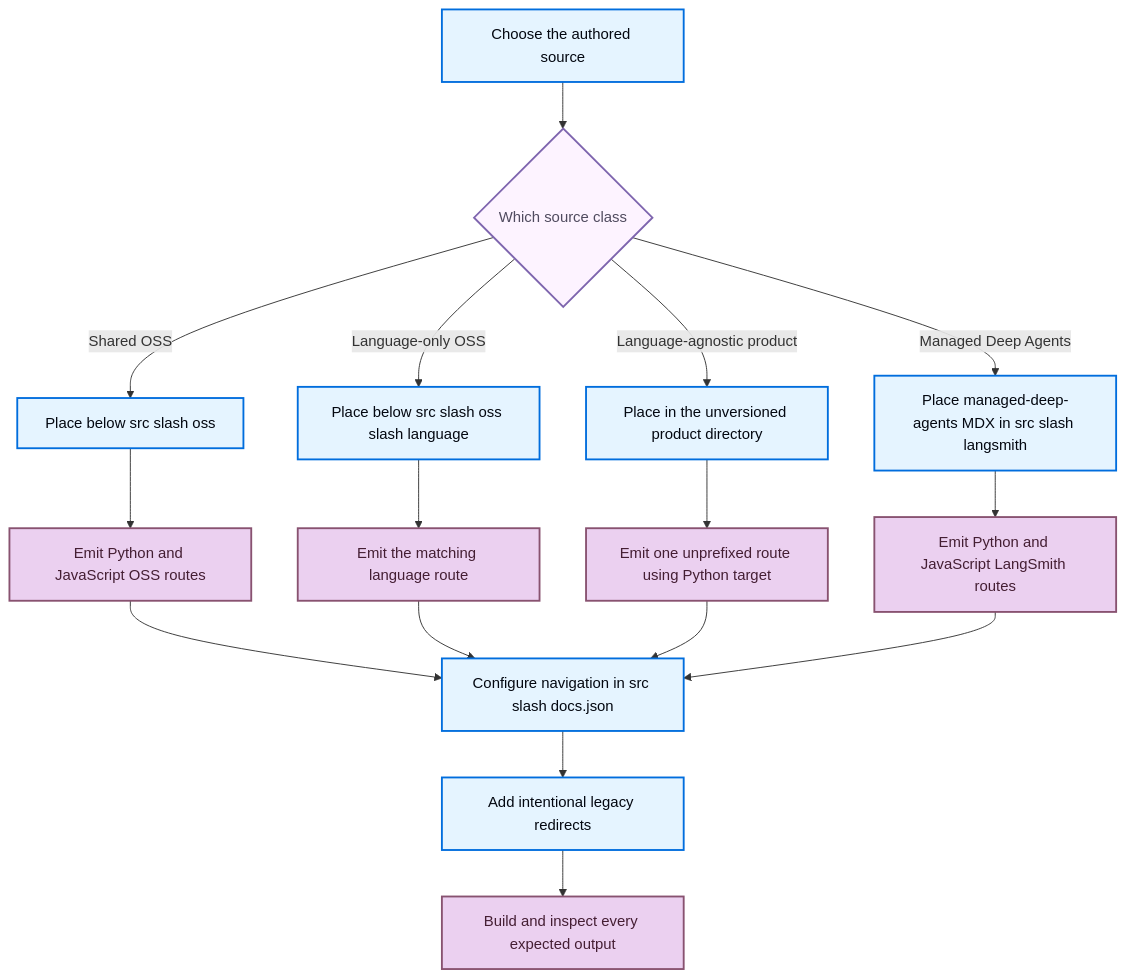
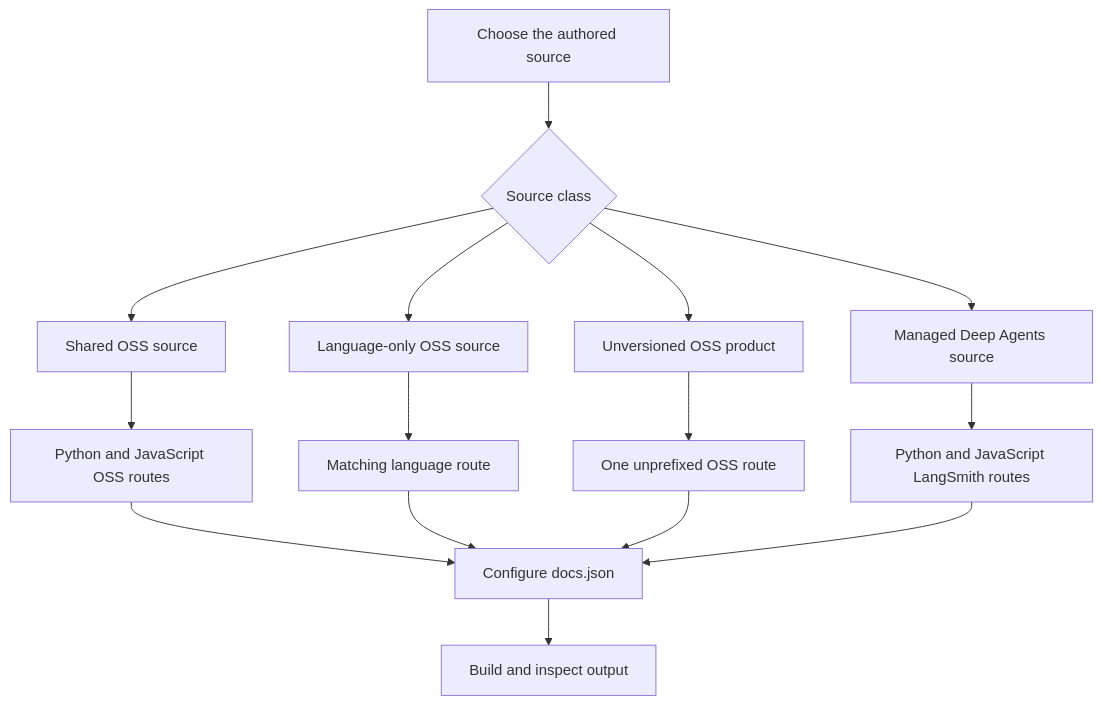
Before and after one commit to langchain-ai/docs: the diagram in openwiki/workflows/versioned-content.md, drawn with Mermaid. The commit also changed other lines of this file and 34 other files, not shown here.

````diff
--- a/openwiki/workflows/versioned-content.md
+++ b/openwiki/workflows/versioned-content.md
@@ -37,25 +37,17 @@
 ```mermaid
 flowchart TD
-    Start["Choose the authored source"] --> Ownership{"Which source class"}
-    Ownership -->|Shared OSS| Shared["Place below src slash oss"]
-    Ownership -->|Language-only OSS| Specific["Place below src slash oss slash language"]
-    Ownership -->|Language-agnostic product| Unversioned["Place in the unversioned product directory"]
-    Ownership -->|Managed Deep Agents| MDA["Place managed-deep-agents MDX in src slash langsmith"]
-    Shared --> Dual["Emit Python and JavaScript OSS routes"]
-    Specific --> One["Emit the matching language route"]
-    Unversioned --> Default["Emit one unprefixed route using Python target"]
-    MDA --> MDADual["Emit Python and JavaScript LangSmith routes"]
-    Dual --> Nav["Configure navigation in src slash docs.json"]
+    Source["Choose the authored source"] --> Kind{"Source class"}
+    Kind --> Shared["Shared OSS source"]
+    Kind --> Specific["Language-only OSS source"]
+    Kind --> Product["Unversioned OSS product"]
+    Kind --> Managed["Managed Deep Agents source"]
+    Shared --> Dual["Python and JavaScript OSS routes"]
+    Specific --> One["Matching language route"]
+    Product --> Plain["One unprefixed OSS route"]
+    Managed --> ManagedRoutes["Python and JavaScript LangSmith routes"]
+    Dual --> Nav["Configure docs.json"]
     One --> Nav
-    Default --> Nav
-    MDADual --> Nav
-    Nav --> Redirects["Add intentional legacy redirects"]
-    Redirects --> Inspect["Build and inspect every expected output"]
-
-    classDef process fill:#E5F4FF,stroke:#006DDD,stroke-width:2px,color:#030710
-    classDef decision fill:#FDF3FF,stroke:#7E65AE,stroke-width:2px,color:#504B5F
-    classDef output fill:#EBD0F0,stroke:#885270,stroke-width:2px,color:#441E33
-    class Start,Shared,Specific,Unversioned,MDA,Nav,Redirects process
-    class Ownership decision
-    class Dual,One,Default,MDADual,Inspect output
+    Plain --> Nav
+    ManagedRoutes --> Nav
+    Nav --> Inspect["Build and inspect output"]
 ```
````
